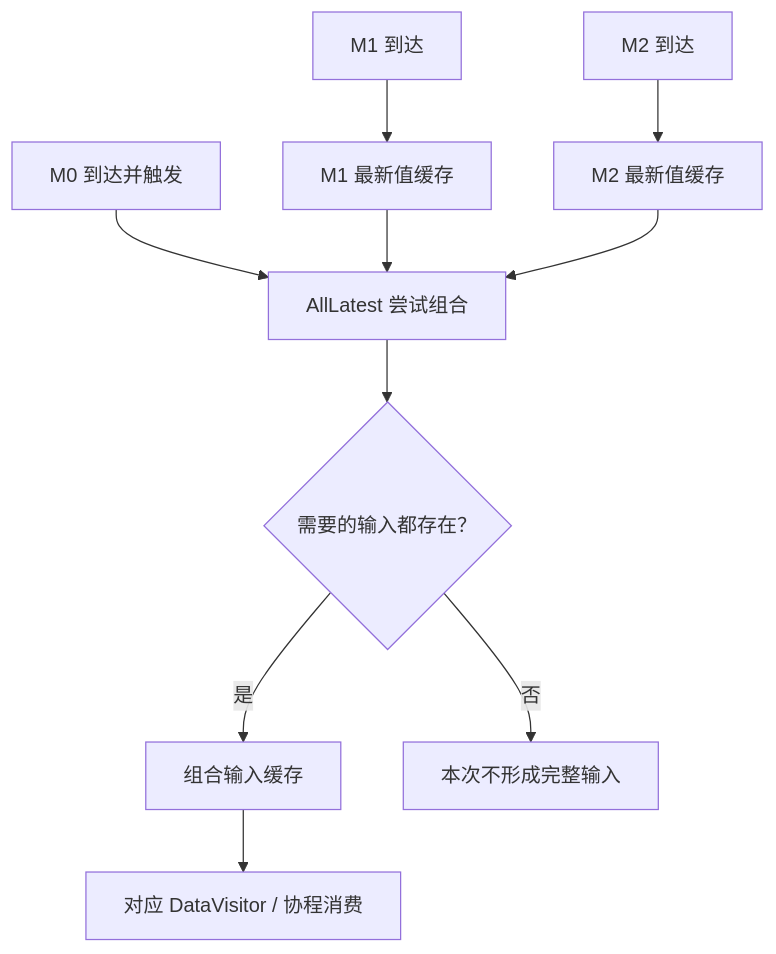
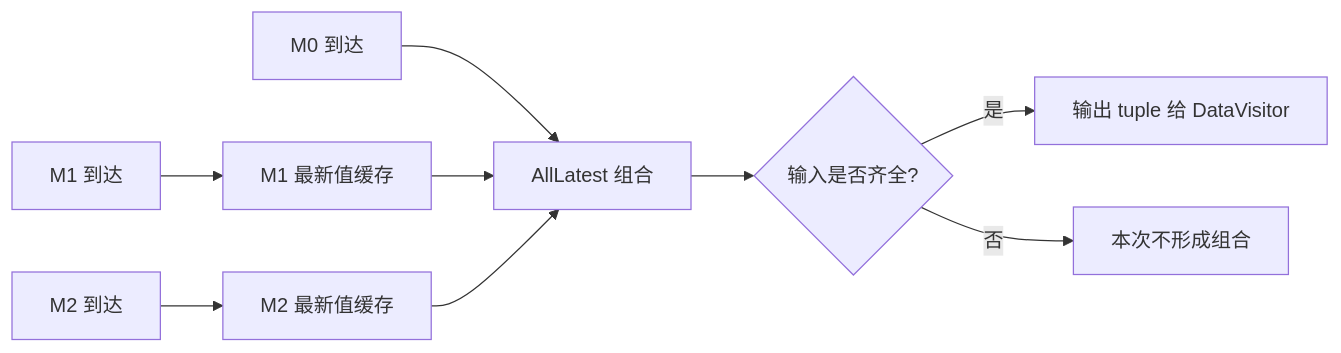
The ninth of 13 diagrams in doc/architecture.md (jzh03/cpp_MINI-CyberRT), drawn with Mermaid before and after one commit. The commit also changed other lines of this file and 13 other files, not shown here.

````diff
--- a/doc/architecture.md
+++ b/doc/architecture.md
@@ -450,12 +327,11 @@
 ```mermaid
-flowchart TB
+flowchart LR
     M1[M1 到达] --> C1[M1 最新值缓存]
     M2[M2 到达] --> C2[M2 最新值缓存]
-    M0[M0 到达并触发] --> F[AllLatest 尝试组合]
-    C1 --> F
-    C2 --> F
-    F --> ALL{需要的输入都存在？}
-    ALL -->|是| TUPLE[组合输入缓存]
-    TUPLE --> TASK[对应 DataVisitor / 协程消费]
-    ALL -->|否| SKIP[本次不形成完整输入]
+    M0[M0 到达] --> A[AllLatest 组合]
+    C1 --> A
+    C2 --> A
+    A --> Q{输入是否齐全?}
+    Q -->|是| T[输出 tuple 给 DataVisitor]
+    Q -->|否| K[本次不形成组合]
 ```
````
